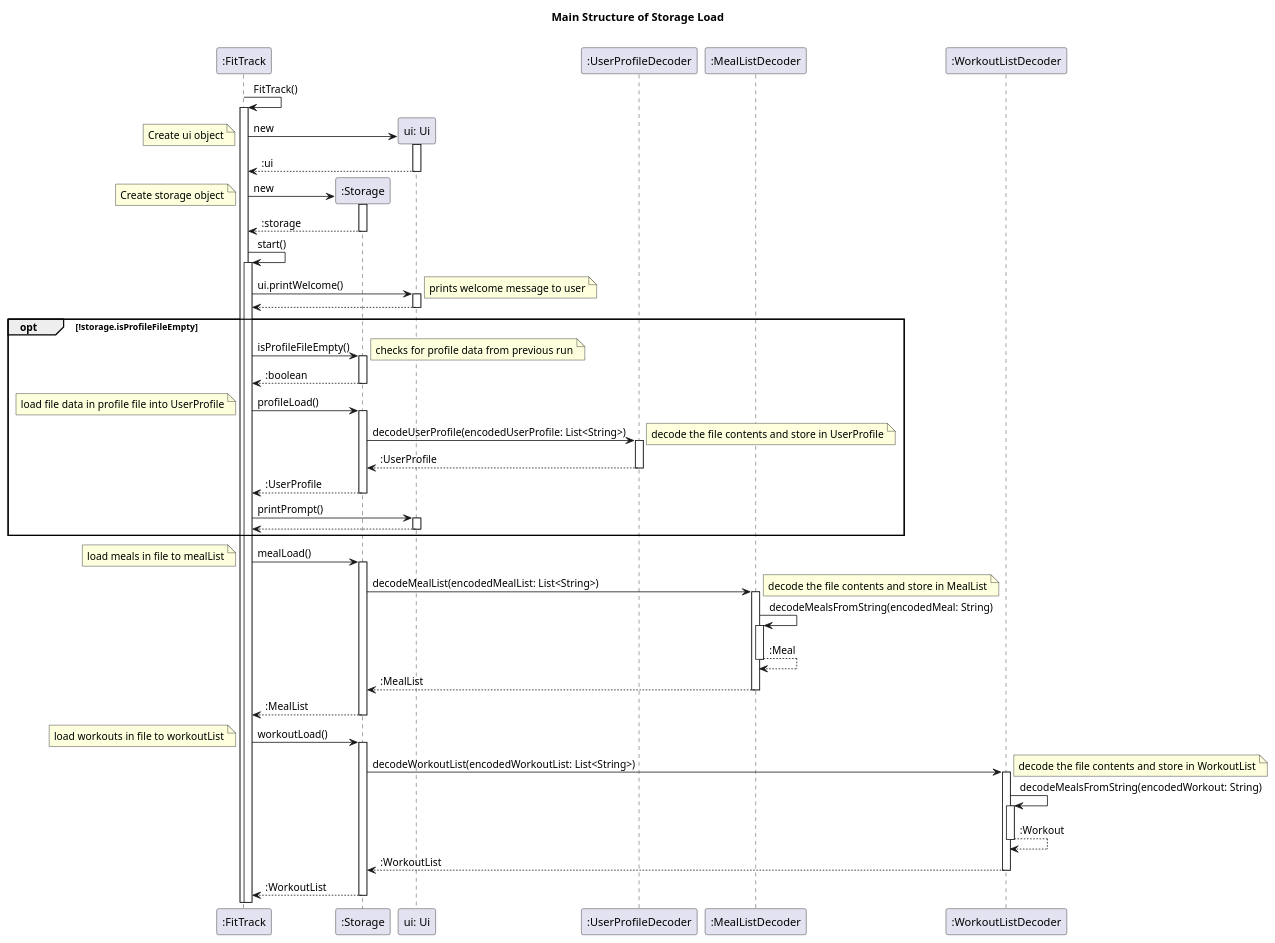
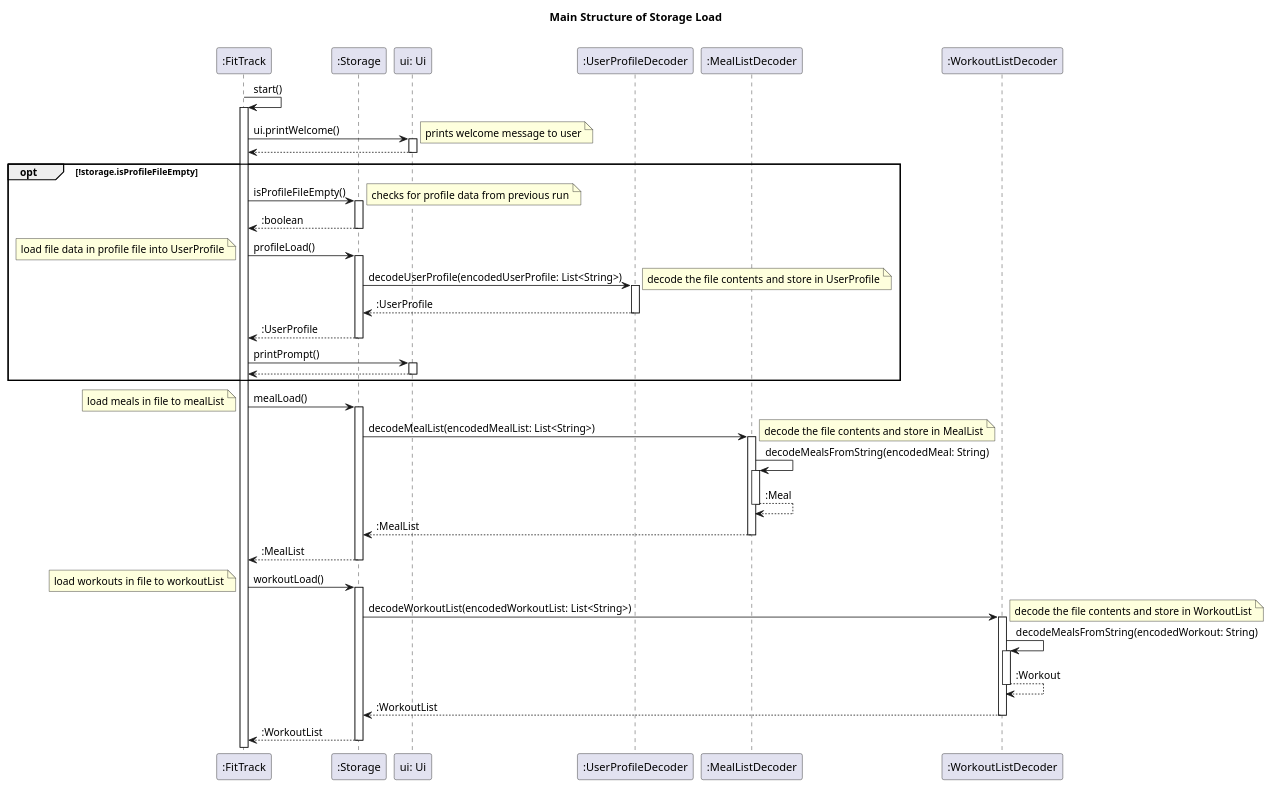
One commit to nus-cs2113-AY2324S1/tp changed the diagram in docs/diagrams/Storage.puml. Above: the diagram before and after it, drawn with PlantUML. The commit also changed 1 other file, not shown here.

Commit message:
Update sequence diagram

```diff
--- a/docs/diagrams/Storage.puml
+++ b/docs/diagrams/Storage.puml
@@ -1,62 +1,50 @@
 @startuml
 title Main Structure of Storage Load\n
 
 participant ":FitTrack" as main
 participant ":Storage" as storage
 participant "ui: Ui" as ui
 participant ":UserProfileDecoder" as pDecoder
 participant ":MealListDecoder" as mDecoder
 participant ":WorkoutListDecoder" as wDecoder
-
-main -> main ++: FitTrack()
-
-create ui
-main-> ui ++: new
-note left: Create ui object
-return :ui
-
-create storage
-main -> storage ++: new
-note left: Create storage object
-return :storage
 
 main -> main ++: start()
 main -> ui ++: ui.printWelcome()
 note right: prints welcome message to user
 return
 
 group opt [!storage.isProfileFileEmpty]
     main -> storage ++: isProfileFileEmpty()
     note right: checks for profile data from previous run
     return :boolean
 
     main -> storage ++: profileLoad()
     note left: load file data in profile file into UserProfile
     storage -> pDecoder ++: decodeUserProfile(encodedUserProfile: List<String>)
     note right: decode the file contents and store in UserProfile
     return :UserProfile
     return :UserProfile
 
     main -> ui ++: printPrompt()
     return
 end
 
 main -> storage ++: mealLoad()
 note left: load meals in file to mealList
 storage -> mDecoder ++: decodeMealList(encodedMealList: List<String>)
 note right: decode the file contents and store in MealList
 mDecoder -> mDecoder ++: decodeMealsFromString(encodedMeal: String)
 return :Meal
 return :MealList
 return :MealList
 
 main -> storage ++: workoutLoad()
 note left: load workouts in file to workoutList
 storage -> wDecoder ++: decodeWorkoutList(encodedWorkoutList: List<String>)
 note right: decode the file contents and store in WorkoutList
 wDecoder -> wDecoder ++: decodeMealsFromString(encodedWorkout: String)
 return :Workout
 return :WorkoutList
 return :WorkoutList
 
 @enduml
```
